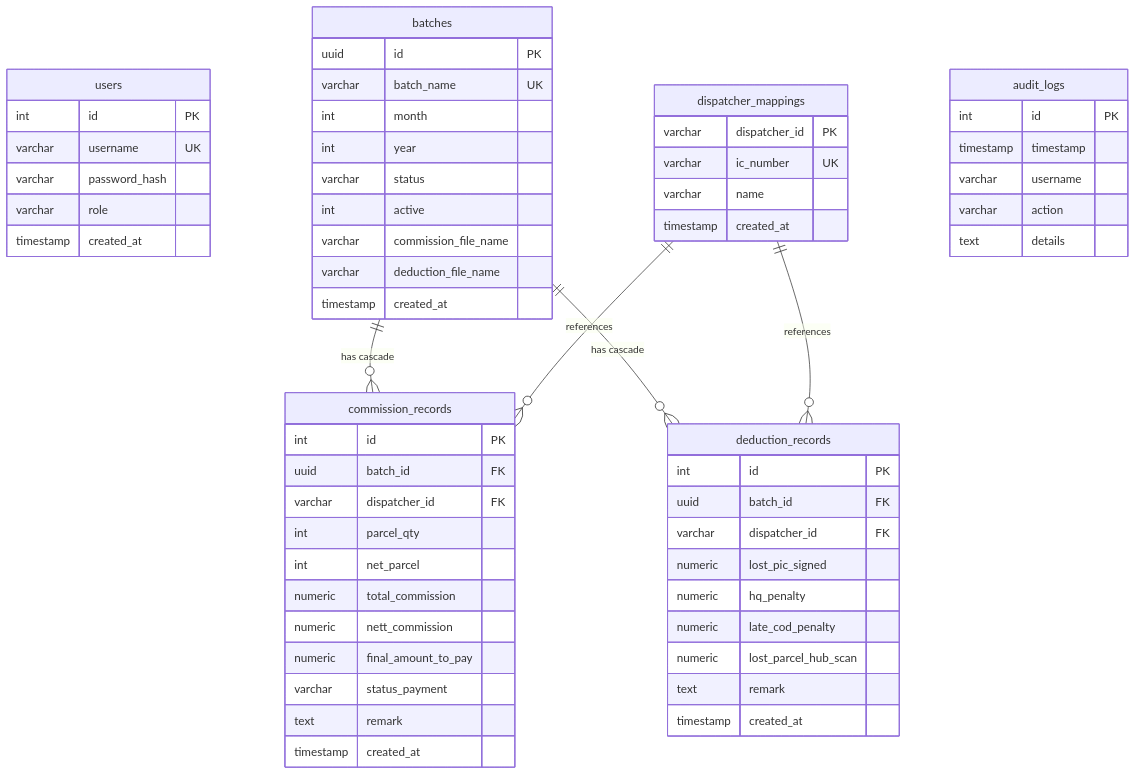
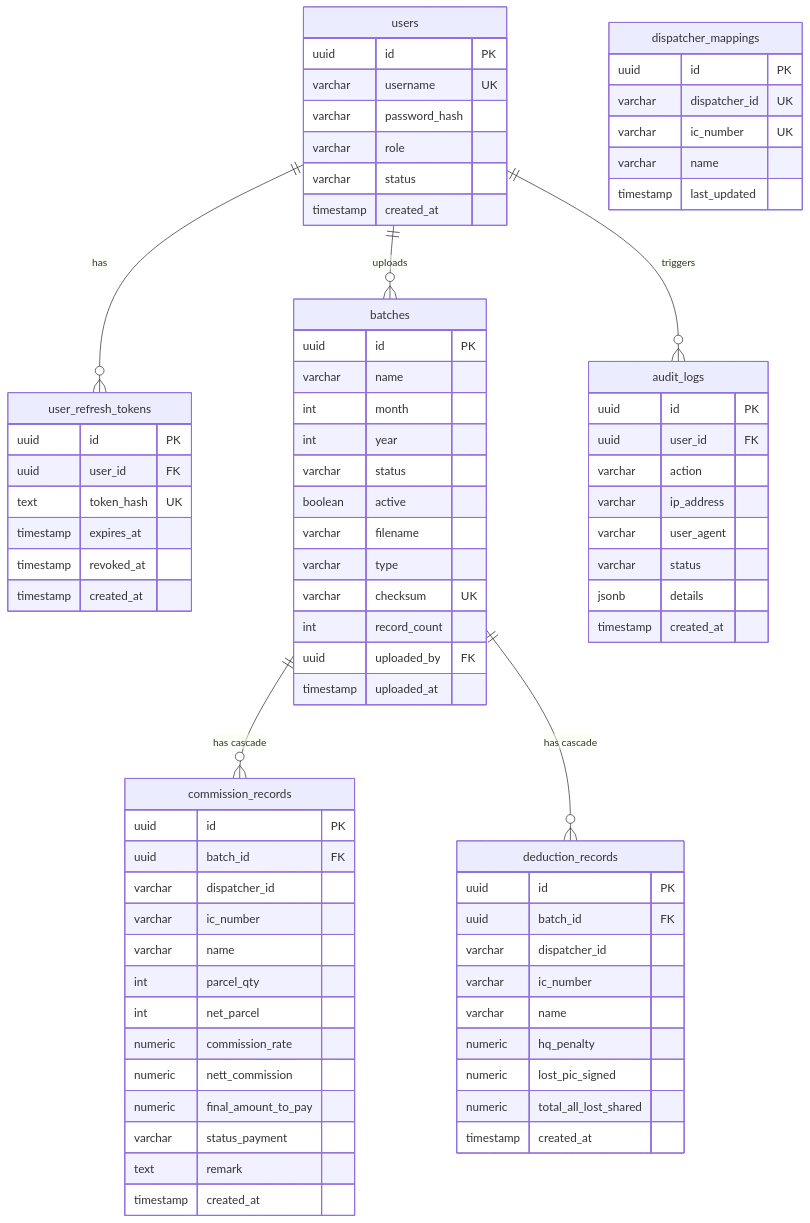
Before and after one commit to yukijim/mawar-teraju-commission-system: the diagram in DATABASE_SCHEMA.md, drawn with Mermaid. The commit also changed other lines of this file and 11 other files, not shown here.

````diff
--- a/DATABASE_SCHEMA.md
+++ b/DATABASE_SCHEMA.md
@@ -9,63 +9,82 @@
 ```mermaid
 erDiagram
     users {
-        int id PK
+        uuid id PK
         varchar username UK
         varchar password_hash
         varchar role
+        varchar status
+        timestamp created_at
+    }
+    user_refresh_tokens {
+        uuid id PK
+        uuid user_id FK
+        text token_hash UK
+        timestamp expires_at
+        timestamp revoked_at
         timestamp created_at
     }
     batches {
         uuid id PK
-        varchar batch_name UK
+        varchar name
         int month
         int year
         varchar status
-        int active
-        varchar commission_file_name
-        varchar deduction_file_name
-        timestamp created_at
+        boolean active
+        varchar filename
+        varchar type
+        varchar checksum UK
+        int record_count
+        uuid uploaded_by FK
+        timestamp uploaded_at
     }
     dispatcher_mappings {
-        varchar dispatcher_id PK
+        uuid id PK
+        varchar dispatcher_id UK
         varchar ic_number UK
         varchar name
-        timestamp created_at
+        timestamp last_updated
     }
     commission_records {
-        int id PK
+        uuid id PK
         uuid batch_id FK
-        varchar dispatcher_id FK
+        varchar dispatcher_id
+        varchar ic_number
+        varchar name
         int parcel_qty
         int net_parcel
-        numeric total_commission
+        numeric commission_rate
         numeric nett_commission
         numeric final_amount_to_pay
         varchar status_payment
         text remark
         timestamp created_at
     }
     deduction_records {
-        int id PK
+        uuid id PK
         uuid batch_id FK
-        varchar dispatcher_id FK
+        varchar dispatcher_id
+        varchar ic_number
+        varchar name
+        numeric hq_penalty
         numeric lost_pic_signed
-        numeric hq_penalty
-        numeric late_cod_penalty
-        numeric lost_parcel_hub_scan
-        text remark
+        numeric total_all_lost_shared
         timestamp created_at
     }
     audit_logs {
-        int id PK
-        timestamp timestamp
-        varchar username
+        uuid id PK
+        uuid user_id FK
         varchar action
-        text details
+        varchar ip_address
+        varchar user_agent
+        varchar status
+        jsonb details
+        timestamp created_at
     }
 
+    users ||--o{ user_refresh_tokens : "has"
+    users ||--o{ batches : "uploads"
     batches ||--o{ commission_records : "has cascade"
     batches ||--o{ deduction_records : "has cascade"
-    dispatcher_mappings ||--o{ commission_records : "references"
-    dispatcher_mappings ||--o{ deduction_records : "references"
+    users ||--o{ audit_logs : "triggers"
 ```
````
